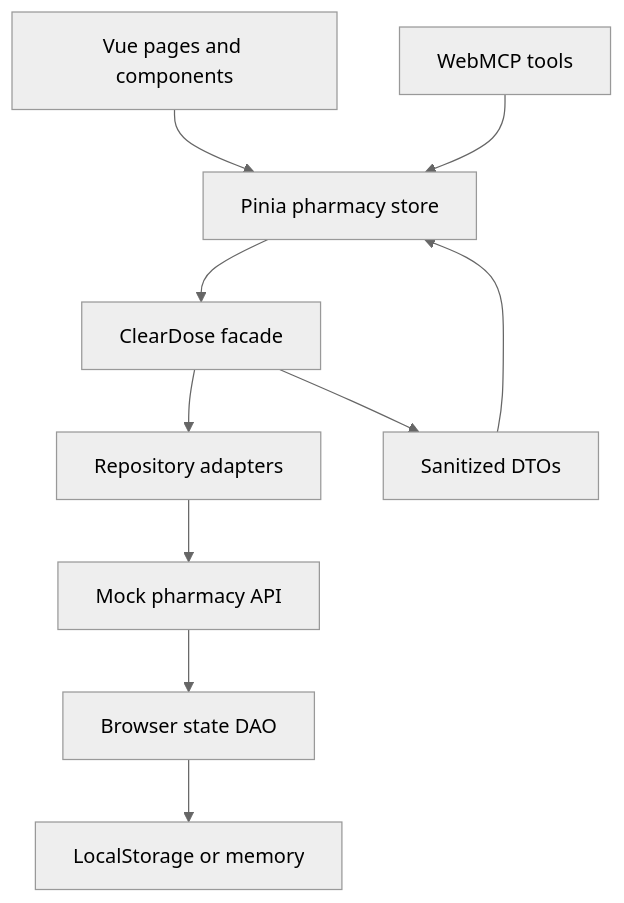
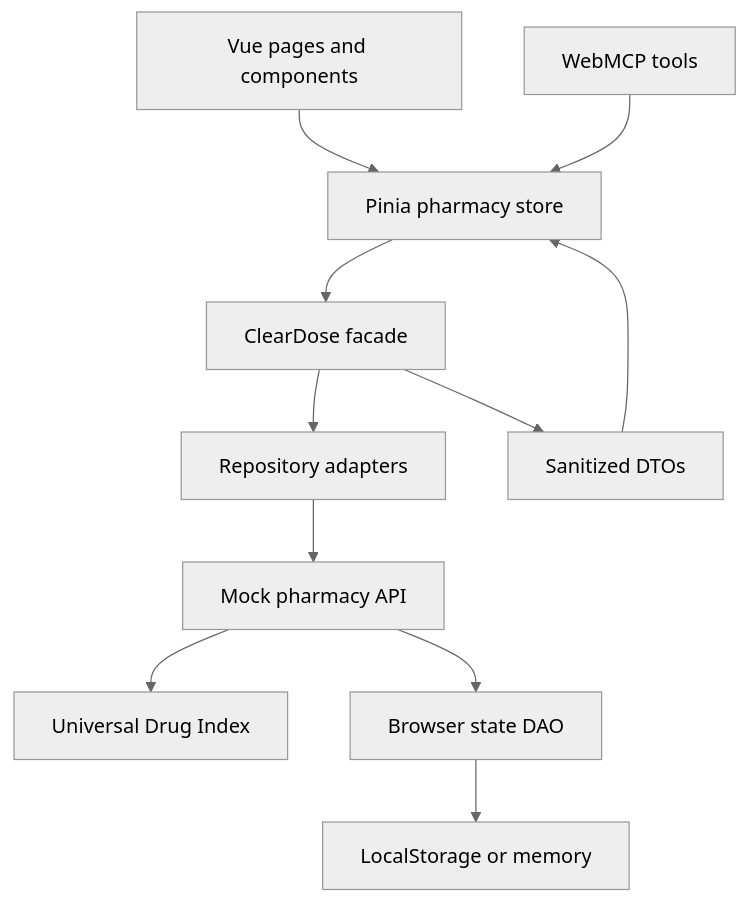
One commit to bclonan/cleardose changed the diagram in docs/ARCHITECTURE.md. Above: the diagram before and after it, drawn with Mermaid (neutral theme). The commit also changed other lines of this file and 38 other files, not shown here.

Commit message:
Add local Universal Drug Index and WebMCP evals

````diff
--- a/docs/ARCHITECTURE.md
+++ b/docs/ARCHITECTURE.md
@@ -3,12 +3,13 @@
 ```mermaid
 flowchart TD
   UI[Vue pages and components] --> Store[Pinia pharmacy store]
   Tools[WebMCP tools] --> Store
   Store --> Facade[ClearDose facade]
   Facade --> Repos[Repository adapters]
   Repos --> API[Mock pharmacy API]
+  API --> UDI[Universal Drug Index]
   API --> DAO[Browser state DAO]
   DAO --> Storage[LocalStorage or memory]
   Facade --> DTO[Sanitized DTOs]
   DTO --> Store
 ```
````
